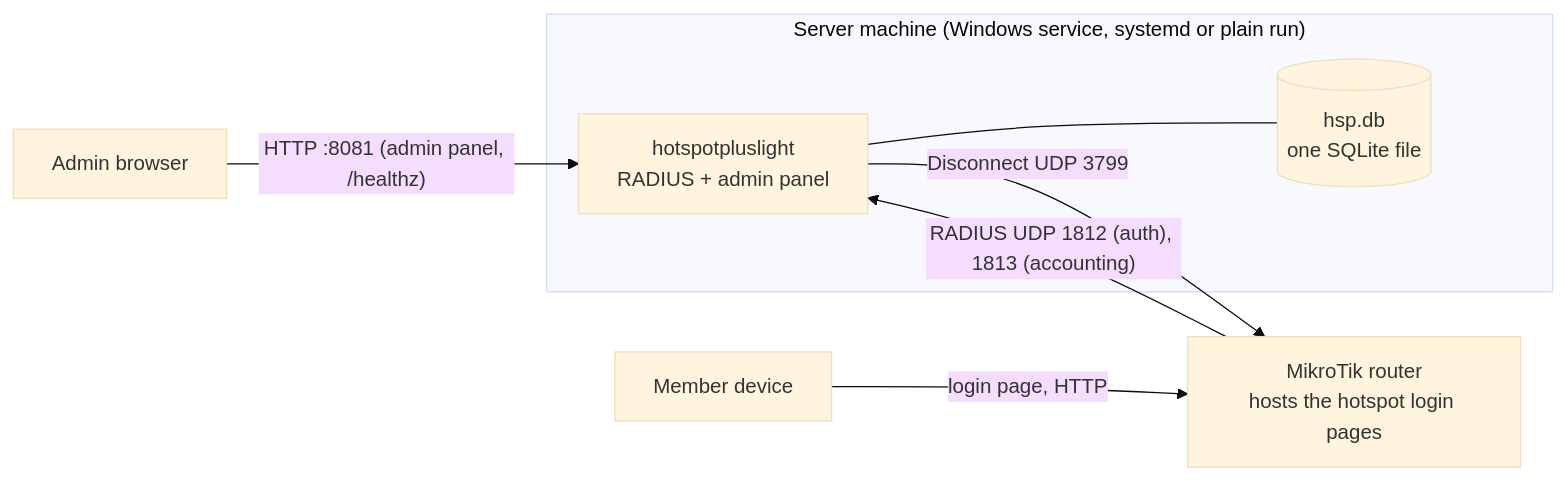
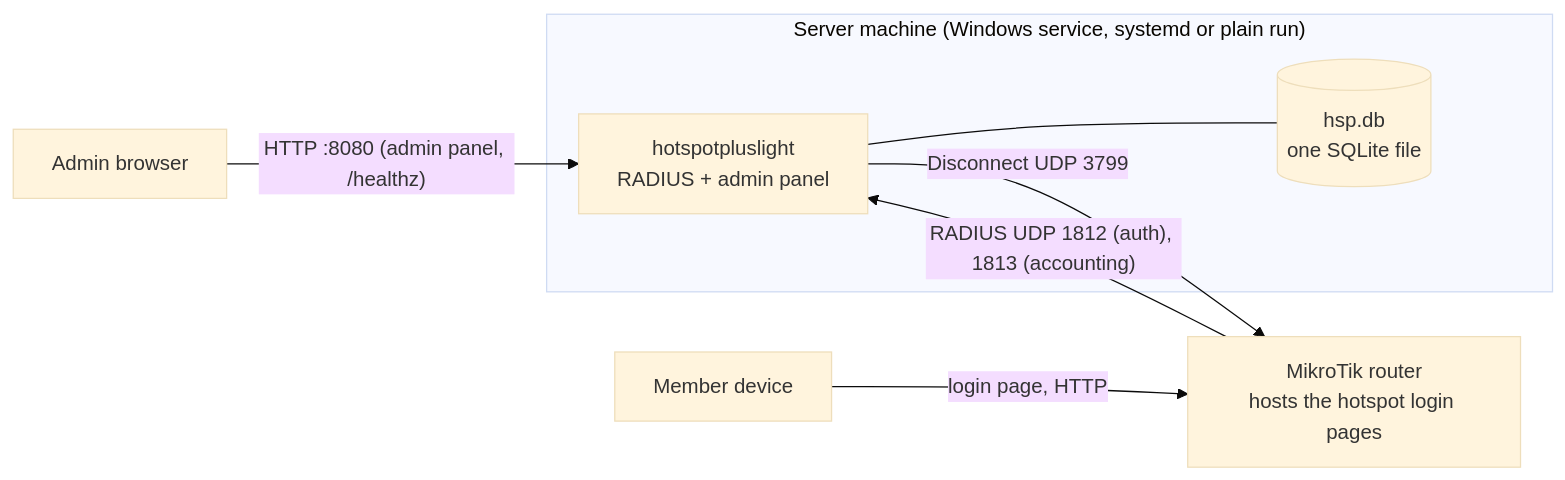
The first of 5 diagrams in README.md (pysf/HotspotPlusLight), drawn with Mermaid (base theme) before and after one commit. The commit also changed other lines of this file and 30 other files, not shown here.

````diff
--- a/README.md
+++ b/README.md
@@ -15,10 +15,10 @@
 ```mermaid
 flowchart LR
-    admin["Admin browser"] -->|"HTTP :8081 (admin panel, /healthz)"| app
+    admin["Admin browser"] -->|"HTTP :8080 (admin panel, /healthz)"| app
     subgraph host["Server machine (Windows service, systemd or plain run)"]
         app["hotspotpluslight<br/>RADIUS + admin panel"] --- db[("hsp.db<br/>one SQLite file")]
     end
     router["MikroTik router<br/>hosts the hotspot login pages"] -->|"RADIUS UDP 1812 (auth), 1813 (accounting)"| app
     app -->|"Disconnect UDP 3799"| router
     client["Member device"] -->|"login page, HTTP"| router
 ```
````
